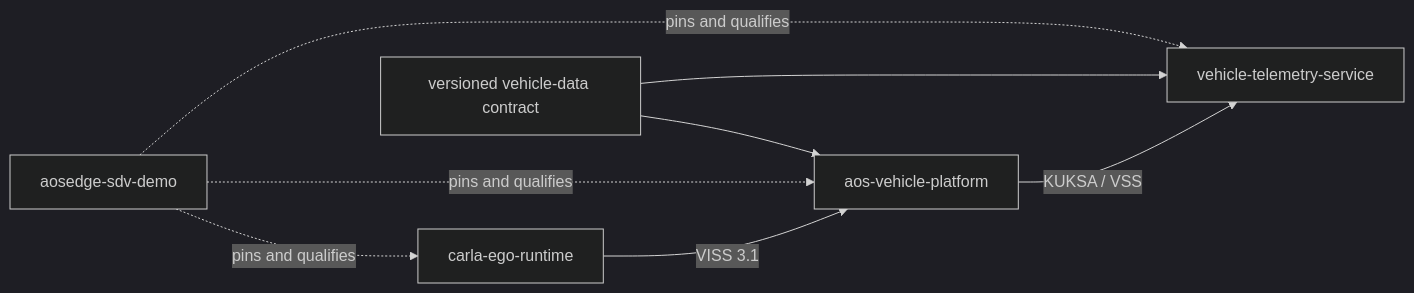
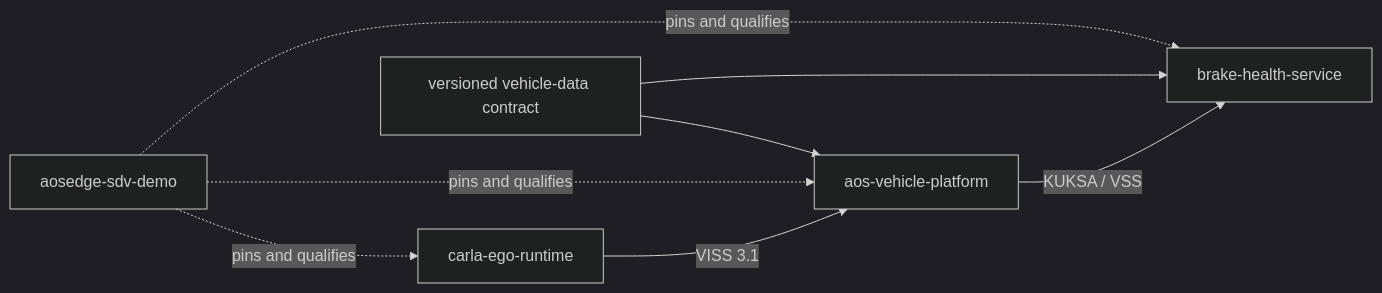
Before and after one commit to alexmaninblack/aosedge-sdv-demo: the diagram in docs/architecture/decisions/0006-lifecycle-based-repository-ownership.md, drawn with Mermaid (dark theme). The commit also changed other lines of this file and 10 other files, not shown here.

Commit message:
refactor: adopt brake health service repository

````diff
--- a/docs/architecture/decisions/0006-lifecycle-based-repository-ownership.md
+++ b/docs/architecture/decisions/0006-lifecycle-based-repository-ownership.md
@@ -152,10 +152,10 @@
 ```mermaid
 flowchart LR
     CARLA["carla-ego-runtime"] -->|"VISS 3.1"| PLATFORM["aos-vehicle-platform"]
     CONTRACT["versioned vehicle-data contract"] --> PLATFORM
-    CONTRACT --> SERVICE["vehicle-telemetry-service"]
+    CONTRACT --> SERVICE["brake-health-service"]
     PLATFORM -->|"KUKSA / VSS"| SERVICE
     INTEGRATION["aosedge-sdv-demo"] -.->|"pins and qualifies"| CARLA
     INTEGRATION -.->|"pins and qualifies"| PLATFORM
     INTEGRATION -.->|"pins and qualifies"| SERVICE
 ```
````
